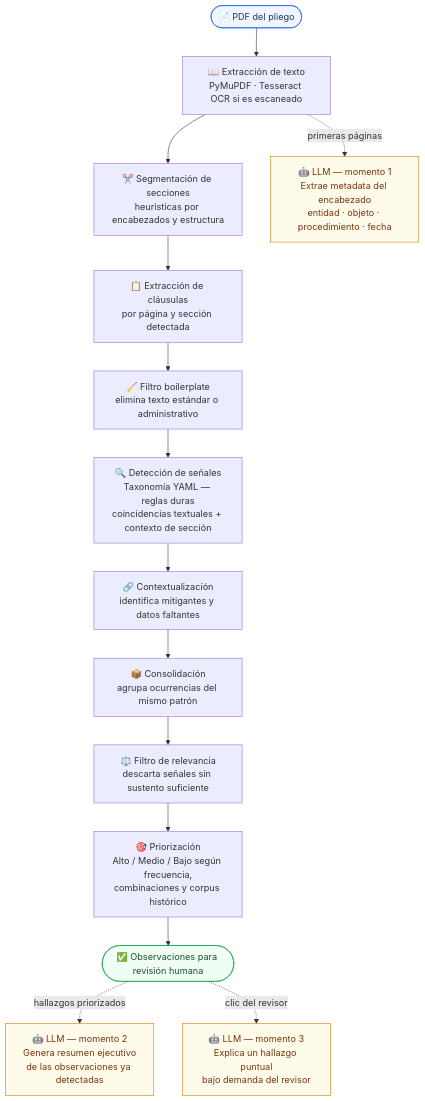
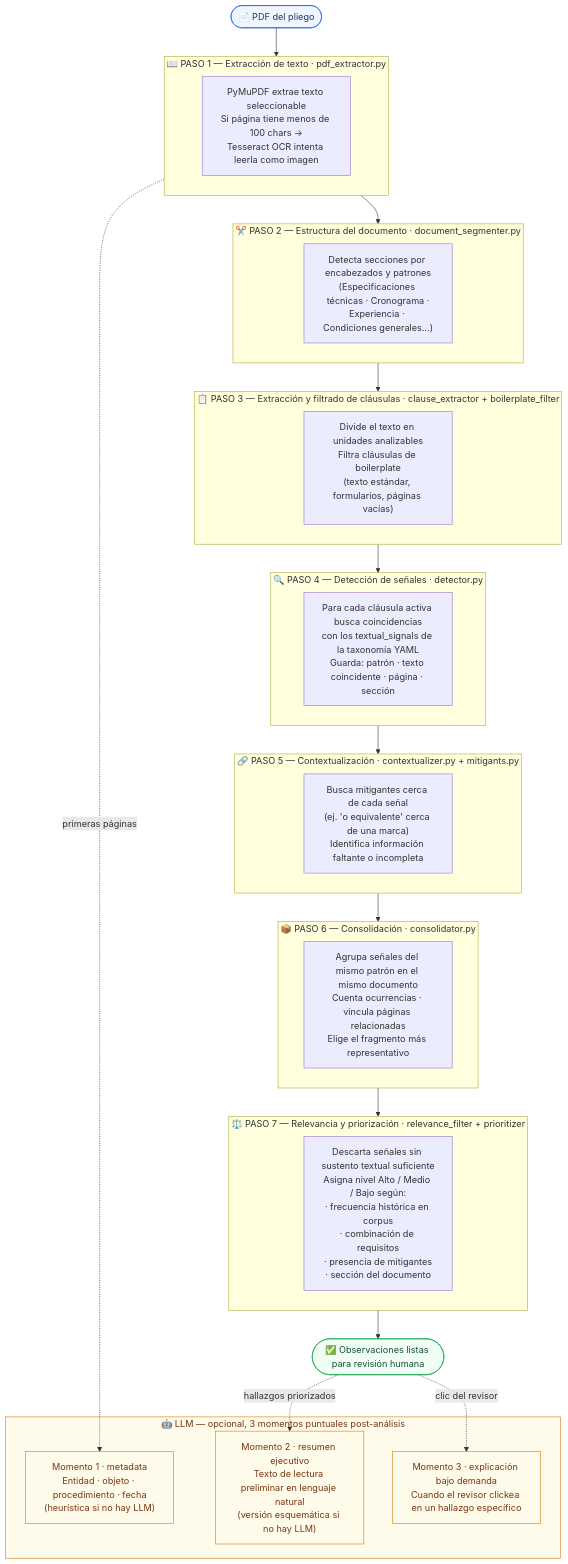
Before and after one commit to sebadhy/IntegrityTool: the diagram in README.md, drawn with Mermaid. The commit also changed other lines of this file, not shown here.

First line of the commit message:
docs: sección clara de los dos caminos de análisis (con/sin LLM) con ejemplos concretos

````diff
--- a/README.md
+++ b/README.md
@@ -17,31 +17,54 @@
 ```mermaid
 flowchart TD
     PDF([📄 PDF del pliego])
-    PARSE["📖 Extracción de texto\nPyMuPDF · Tesseract OCR si es escaneado"]
-    SEG["✂️ Segmentación de secciones\nheurísticas por encabezados y estructura"]
-    CLAUSES["📋 Extracción de cláusulas\npor página y sección detectada"]
-    BOILER["🧹 Filtro boilerplate\nelimina texto estándar o administrativo"]
-    DETECT["🔍 Detección de señales\nTaxonomía YAML — reglas duras\ncoincidencias textuales + contexto de sección"]
-    CONTEXT["🔗 Contextualización\nidentifica mitigantes y datos faltantes"]
-    CONSOL["📦 Consolidación\nagrupa ocurrencias del mismo patrón"]
-    RELEV["⚖️ Filtro de relevancia\ndescarta señales sin sustento suficiente"]
-    PRIO["🎯 Priorización\nAlto / Medio / Bajo según frecuencia,\ncombinaciones y corpus histórico"]
-    OBS([✅ Observaciones para revisión humana])
 
-    PDF --> PARSE --> SEG --> CLAUSES --> BOILER
-    BOILER --> DETECT --> CONTEXT --> CONSOL --> RELEV --> PRIO --> OBS
+    subgraph EXTRACCION ["📖 PASO 1 — Extracción de texto  ·  pdf_extractor.py"]
+        PARSE["PyMuPDF extrae texto seleccionable\nSi página tiene menos de 100 chars →\nTesseract OCR intenta leerla como imagen"]
+    end
 
-    LLM1["🤖 LLM — momento 1\nExtrae metadata del encabezado\nentidad · objeto · procedimiento · fecha"]
-    LLM2["🤖 LLM — momento 2\nGenera resumen ejecutivo\nde las observaciones ya detectadas"]
-    LLM3["🤖 LLM — momento 3\nExplica un hallazgo puntual\nbajo demanda del revisor"]
+    subgraph ESTRUCTURA ["✂️ PASO 2 — Estructura del documento  ·  document_segmenter.py"]
+        SEG["Detecta secciones por encabezados y patrones\n(Especificaciones técnicas · Cronograma ·\nExperiencia · Condiciones generales…)"]
+    end
 
-    PARSE -. "primeras páginas" .-> LLM1
+    subgraph CLAUSULAS ["📋 PASO 3 — Extracción y filtrado de cláusulas  ·  clause_extractor + boilerplate_filter"]
+        CL["Divide el texto en unidades analizables\nFiltra cláusulas de boilerplate\n(texto estándar, formularios, páginas vacías)"]
+    end
+
+    subgraph DETECCION ["🔍 PASO 4 — Detección de señales  ·  detector.py"]
+        DET["Para cada cláusula activa busca coincidencias\ncon los textual_signals de la taxonomía YAML\nGuarda: patrón · texto coincidente · página · sección"]
+    end
+
+    subgraph CONTEXTO ["🔗 PASO 5 — Contextualización  ·  contextualizer.py + mitigants.py"]
+        CTX["Busca mitigantes cerca de cada señal\n(ej. 'o equivalente' cerca de una marca)\nIdentifica información faltante o incompleta"]
+    end
+
+    subgraph CONSOLIDACION ["📦 PASO 6 — Consolidación  ·  consolidator.py"]
+        CON["Agrupa señales del mismo patrón en el mismo documento\nCuenta ocurrencias · vincula páginas relacionadas\nElige el fragmento más representativo"]
+    end
+
+    subgraph FILTRADO ["⚖️ PASO 7 — Relevancia y priorización  ·  relevance_filter + prioritizer"]
+        FIL["Descarta señales sin sustento textual suficiente\nAsigna nivel Alto / Medio / Bajo según:\n· frecuencia histórica en corpus\n· combinación de requisitos\n· presencia de mitigantes\n· sección del documento"]
+    end
+
+    OBS([✅ Observaciones listas para revisión humana])
+
+    PDF --> EXTRACCION --> ESTRUCTURA --> CLAUSULAS --> DETECCION
+    DETECCION --> CONTEXTO --> CONSOLIDACION --> FILTRADO --> OBS
+
+    subgraph LLM ["🤖 LLM — opcional, 3 momentos puntuales post-análisis"]
+        LLM1["Momento 1 · metadata\nEntidad · objeto · procedimiento · fecha\n(heurística si no hay LLM)"]
+        LLM2["Momento 2 · resumen ejecutivo\nTexto de lectura preliminar en lenguaje natural\n(versión esquemática si no hay LLM)"]
+        LLM3["Momento 3 · explicación bajo demanda\nCuando el revisor clickea en un hallazgo específico"]
+    end
+
+    EXTRACCION -. "primeras páginas" .-> LLM1
     OBS -. "hallazgos priorizados" .-> LLM2
     OBS -. "clic del revisor" .-> LLM3
 
+    style LLM fill:#fffbeb,stroke:#d97706,color:#78350f
     style LLM1 fill:#fffbeb,stroke:#d97706,color:#78350f
     style LLM2 fill:#fffbeb,stroke:#d97706,color:#78350f
     style LLM3 fill:#fffbeb,stroke:#d97706,color:#78350f
     style OBS fill:#f0fdf4,stroke:#16a34a,color:#14532d
     style PDF fill:#eff6ff,stroke:#2563eb,color:#1e3a5f
 ```
````
